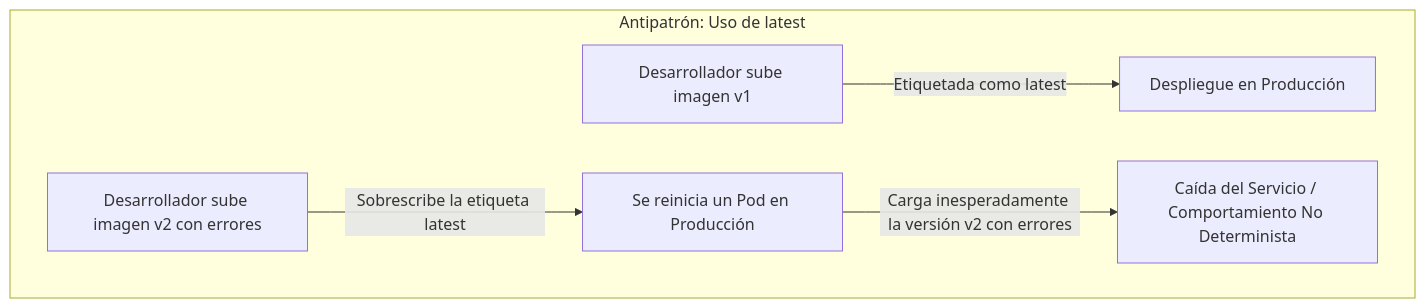
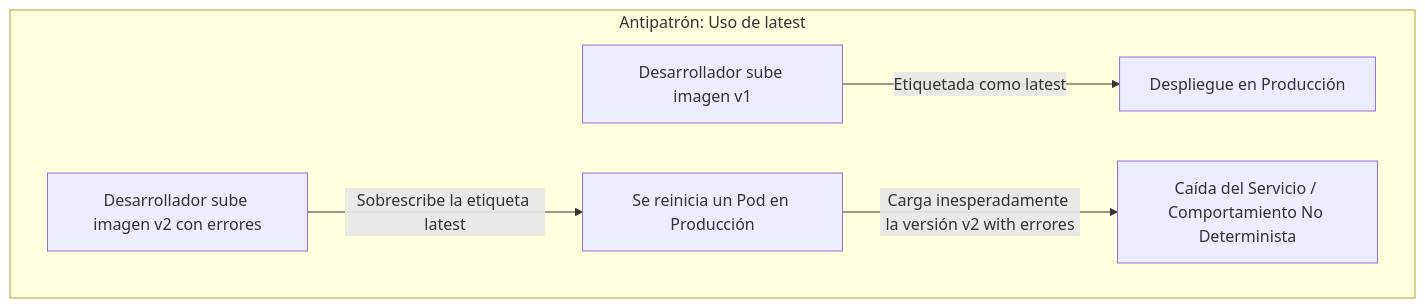
Before and after one commit to ieftraining/curso-openshift: the fourth of 8 diagrams in docs/sesion4/4.4 Registro, gestión y seguridad de imágenes.md, drawn with Mermaid. The commit also changed other lines of this file, not shown here.

````diff
--- a/docs/sesion4/4.4 Registro, gestión y seguridad de imágenes.md
+++ b/docs/sesion4/4.4 Registro, gestión y seguridad de imágenes.md
@@ -101,8 +103,8 @@
 ```mermaid
 flowchart TD
     subgraph Antipatrón: Uso de latest
         A[Desarrollador sube imagen v1] -->|Etiquetada como latest| B[Despliegue en Producción]
         C[Desarrollador sube imagen v2 con errores] -->|Sobrescribe la etiqueta latest| D[Se reinicia un Pod en Producción]
-        D -->|Carga inesperadamente la versión v2 con errores| E[Caída del Servicio / Comportamiento No Determinista]
+        D -->|Carga inesperadamente la versión v2 with errores| E[Caída del Servicio / Comportamiento No Determinista]
     end
 ```
````
